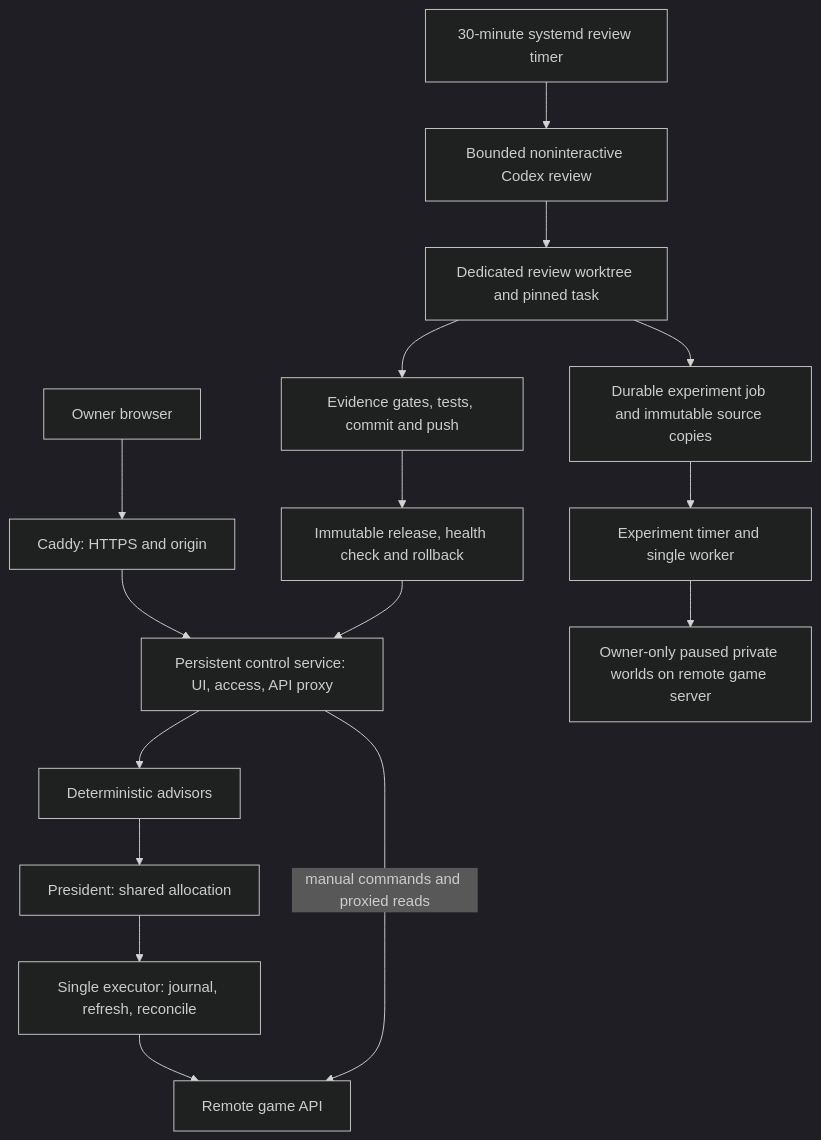
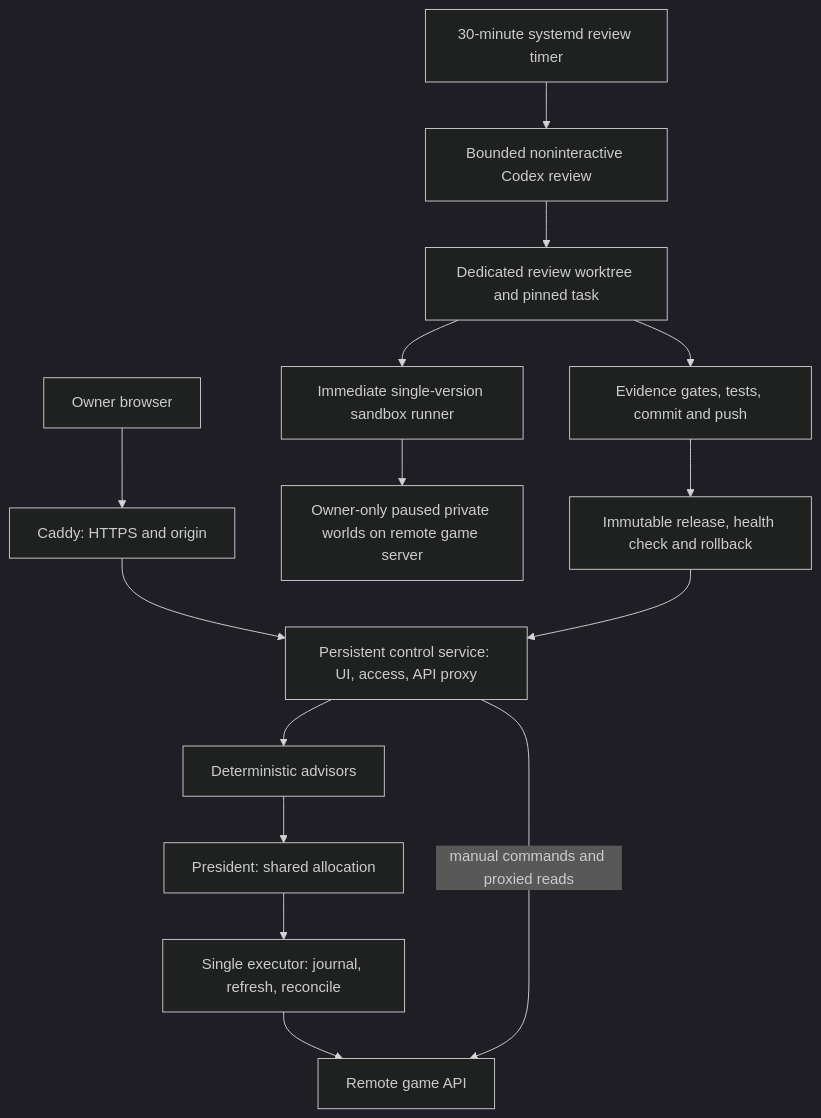
The diagram in docs/architecture.md (alexvelea/norm-steward-bot), drawn with Mermaid (dark theme) before and after one commit. The commit also changed other lines of this file and 72 other files, not shown here.

First line of the commit message:
Single-ref sandbox runner with multi-city snapshots

````diff
--- a/docs/architecture.md
+++ b/docs/architecture.md
@@ -7,18 +7,17 @@
 ```mermaid
 flowchart TD
   Browser[Owner browser] --> Caddy[Caddy: HTTPS and origin]
   Caddy --> Control[Persistent control service: UI, access, API proxy]
   Control --> Advisors[Deterministic advisors]
   Advisors --> President[President: shared allocation]
   President --> Journal[Single executor: journal, refresh, reconcile]
   Journal --> Game[Remote game API]
   Control -->|manual commands and proxied reads| Game
   Timer[30-minute systemd review timer] --> Reviewer[Bounded noninteractive Codex review]
   Reviewer --> Worktree[Dedicated review worktree and pinned task]
-  Worktree --> Queue[Durable experiment job and immutable source copies]
-  Queue --> Worker[Experiment timer and single worker]
+  Worktree --> Worker[Immediate single-version sandbox runner]
   Worker --> Sandboxes[Owner-only paused private worlds on remote game server]
   Worktree --> Checks[Evidence gates, tests, commit and push]
   Checks --> Release[Immutable release, health check and rollback]
   Release --> Control
 ```
````
